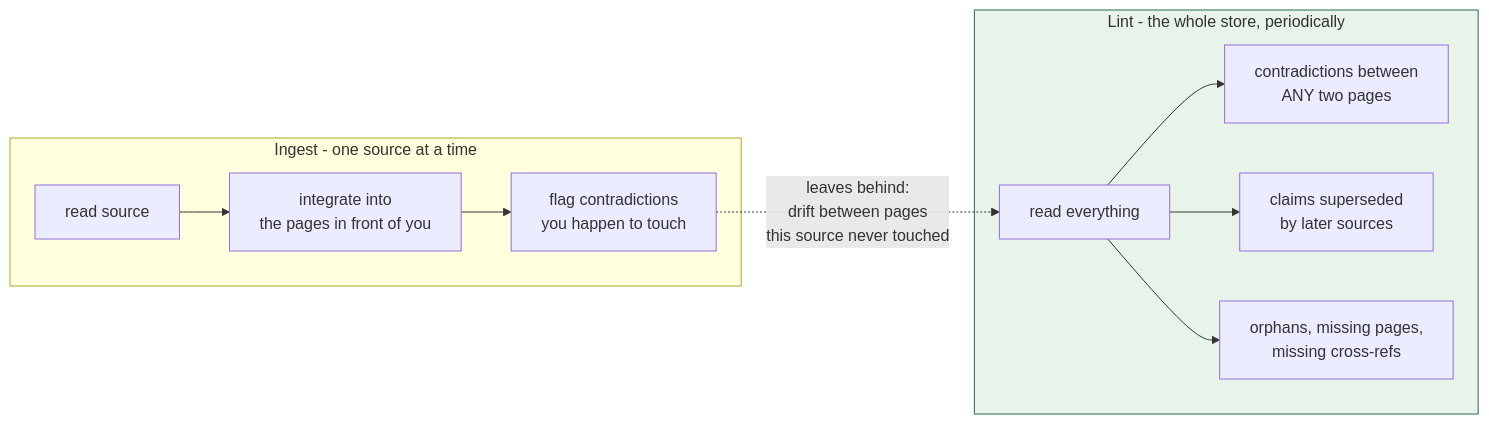
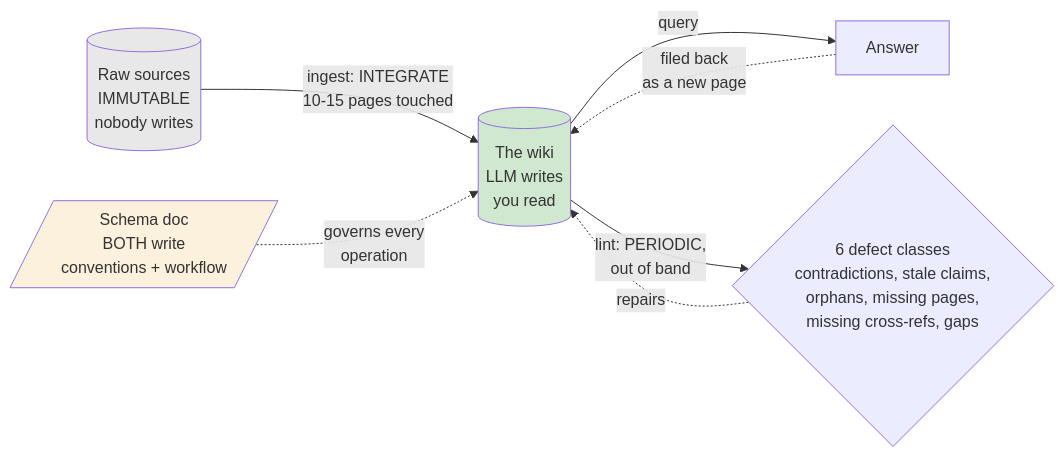
The second of 2 diagrams in sources/260731_llm-wiki/LEARNING.md (0xchamin/mincha_brain), drawn with Mermaid before and after one commit. The commit also changed other lines of this file and 4 other files, not shown here.

````diff
--- a/sources/260731_llm-wiki/LEARNING.md
+++ b/sources/260731_llm-wiki/LEARNING.md
@@ -187,14 +376,13 @@
 ```mermaid
 flowchart LR
-    subgraph ING["Ingest - one source at a time"]
-        A["read source"] --> B["integrate into<br/>the pages in front of you"]
-        B --> C["flag contradictions<br/>you happen to touch"]
-    end
-    subgraph LINT["Lint - the whole store, periodically"]
-        D["read everything"] --> E["contradictions between<br/>ANY two pages"]
-        D --> F["claims superseded<br/>by later sources"]
-        D --> G["orphans, missing pages,<br/>missing cross-refs"]
-    end
-    C -.->|"leaves behind:<br/>drift between pages<br/>this source never touched"| D
-    style LINT fill:#e8f4ea,stroke:#2d6a4f
+    RAW[("Raw sources<br/>IMMUTABLE<br/>nobody writes")] -->|ingest: INTEGRATE<br/>10-15 pages touched| WIKI
+    WIKI[("The wiki<br/>LLM writes<br/>you read")] -->|query| ANS["Answer"]
+    ANS -.->|"filed back<br/>as a new page"| WIKI
+    SCHEMA[/"Schema doc<br/>BOTH write<br/>conventions + workflow"/] -.->|"governs every<br/>operation"| WIKI
+    WIKI -->|"lint: PERIODIC,<br/>out of band"| DEF{"6 defect classes<br/>contradictions, stale claims,<br/>orphans, missing pages,<br/>missing cross-refs, gaps"}
+    DEF -.->|repairs| WIKI
+
+    style WIKI fill:#cfe8cf
+    style SCHEMA fill:#fbf1dc
+    style RAW fill:#e8e8e8
 ```
````
